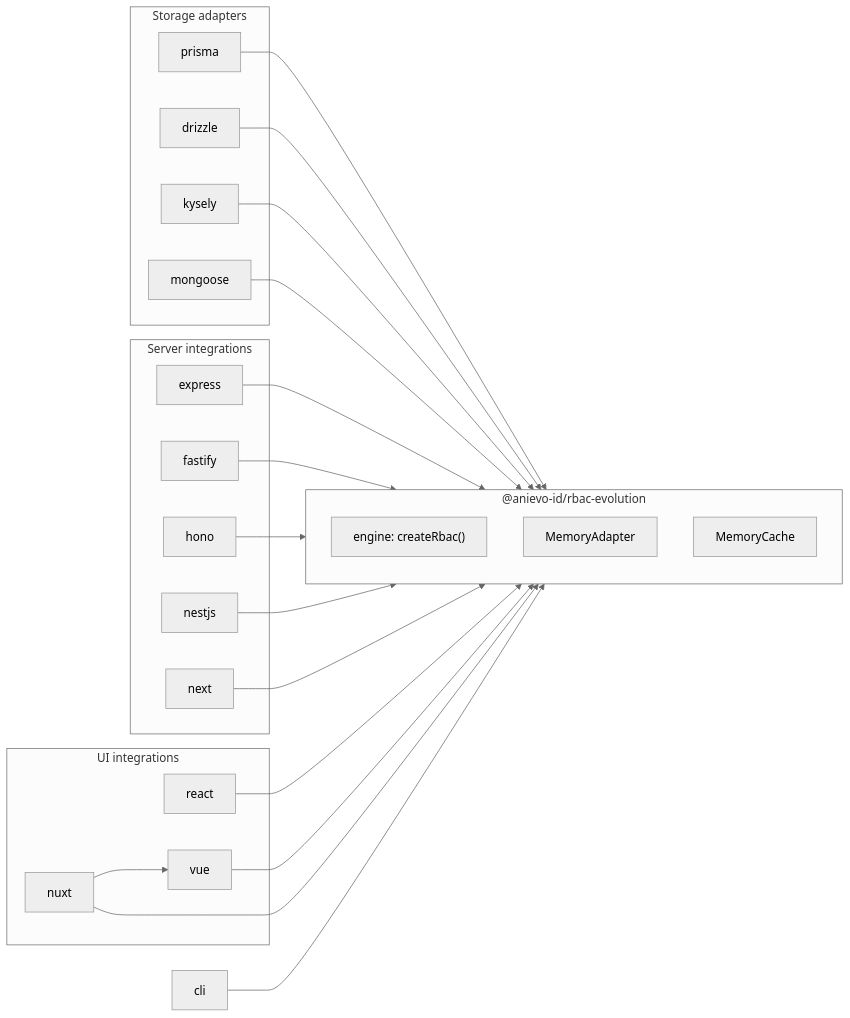
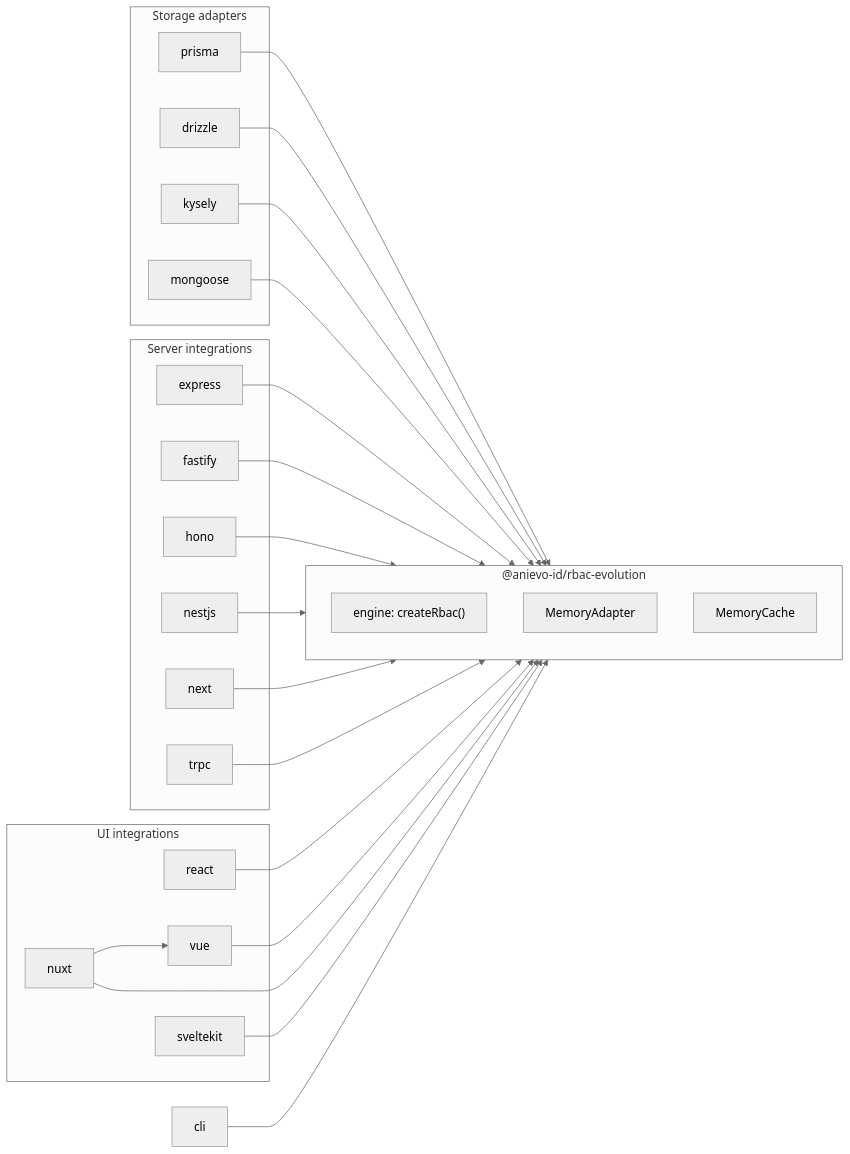
Before and after one commit to AniEvo-ID/rbac-evolution: the first of 8 diagrams in docs/guide/how-it-works.md, drawn with Mermaid (neutral theme). The commit also changed other lines of this file and 67 other files, not shown here.

````diff
--- a/docs/guide/how-it-works.md
+++ b/docs/guide/how-it-works.md
@@ -17,46 +17,50 @@
 ```mermaid
 flowchart LR
   subgraph adapters["Storage adapters"]
     prisma["prisma"]
     drizzle["drizzle"]
     kysely["kysely"]
     mongoose["mongoose"]
   end
 
   subgraph core["@anievo-id/rbac-evolution"]
     engine["engine: createRbac()"]
     memory["MemoryAdapter"]
     cache["MemoryCache"]
   end
 
   subgraph server["Server integrations"]
     express["express"]
     fastify["fastify"]
     hono["hono"]
     nestjs["nestjs"]
     next["next"]
+    trpc["trpc"]
   end
 
   subgraph ui["UI integrations"]
     react["react"]
     vue["vue"]
     nuxt["nuxt"]
+    sveltekit["sveltekit"]
   end
 
   cli["cli"]
 
   prisma --> core
   drizzle --> core
   kysely --> core
   mongoose --> core
   express --> core
   fastify --> core
   hono --> core
   nestjs --> core
   next --> core
+  trpc --> core
   react --> core
   vue --> core
   nuxt --> core
   nuxt --> vue
+  sveltekit --> core
   cli --> core
 ```
````
